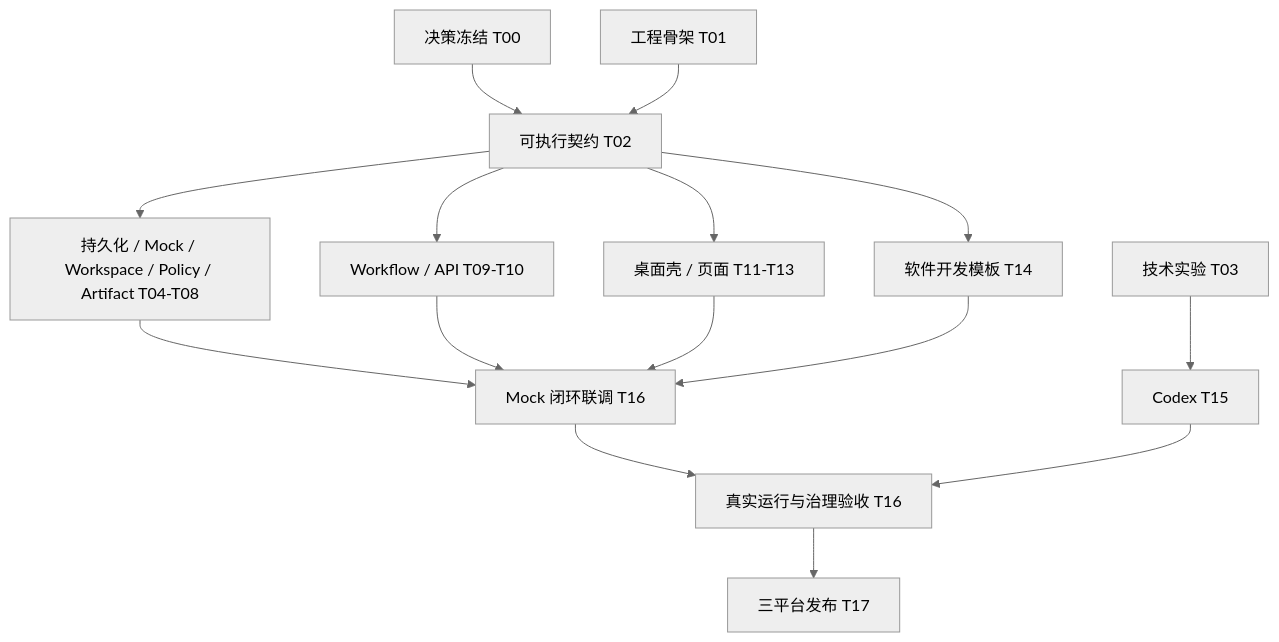
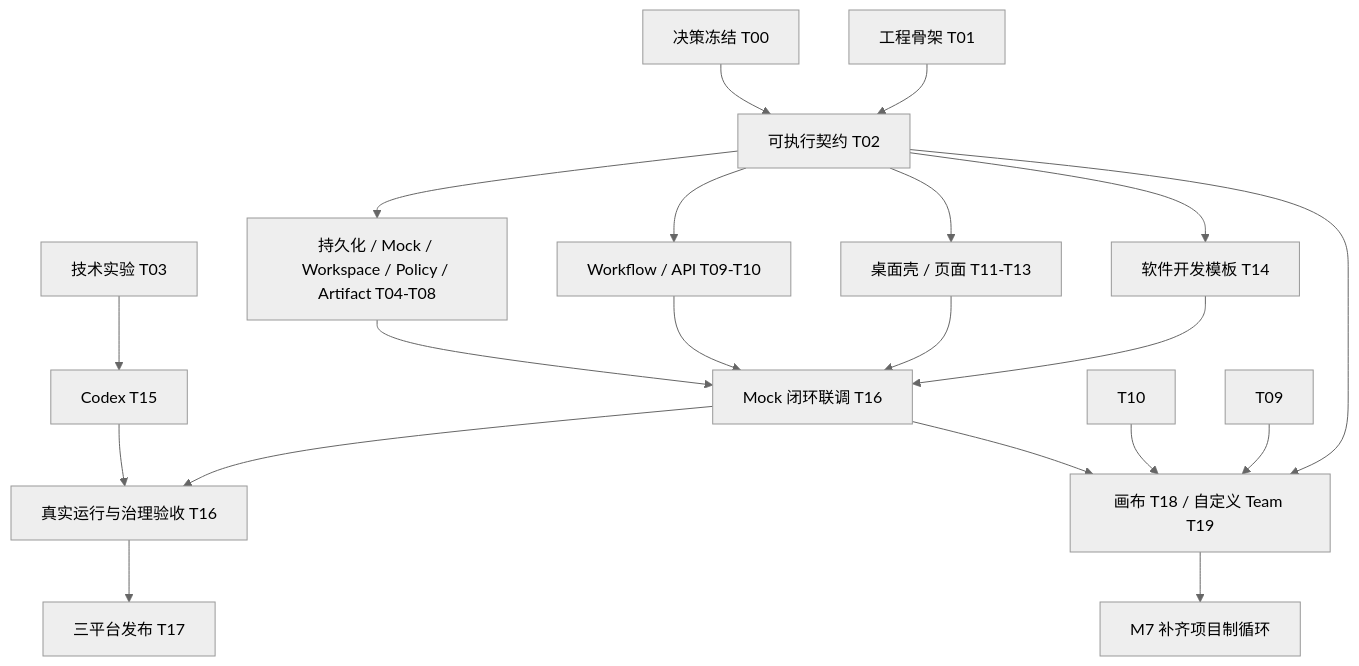
The diagram in docs/planning/02-development-task-backlog.md (nicechencs/workforce), drawn with Mermaid (neutral theme) before and after one commit. The commit also changed other lines of this file and 11 other files, not shown here.

First line of the commit message:
docs: commit visual canvas and custom Team orchestration (#17)

```diff
--- a/docs/planning/02-development-task-backlog.md
+++ b/docs/planning/02-development-task-backlog.md
@@ -31,17 +32,22 @@
 ~~~mermaid
 flowchart TD
   T00[决策冻结 T00] --> T02[可执行契约 T02]
   T01[工程骨架 T01] --> T02
   T03[技术实验 T03] --> T15[Codex T15]
   T02 --> Infra[持久化 / Mock / Workspace / Policy / Artifact T04-T08]
   T02 --> Core[Workflow / API T09-T10]
   T02 --> Desktop[桌面壳 / 页面 T11-T13]
   T02 --> Template[软件开发模板 T14]
   Infra --> M3[Mock 闭环联调 T16]
   Core --> M3
   Desktop --> M3
   Template --> M3
   M3 --> Live[真实运行与治理验收 T16]
   T15 --> Live
   Live --> T17[三平台发布 T17]
+  T02 --> Orchestration[画布 T18 / 自定义 Team T19]
+  T10 --> Orchestration
+  T09 --> Orchestration
+  M3 --> Orchestration
+  Orchestration --> M7[M7 补齐项目制循环]
 ~~~
```
